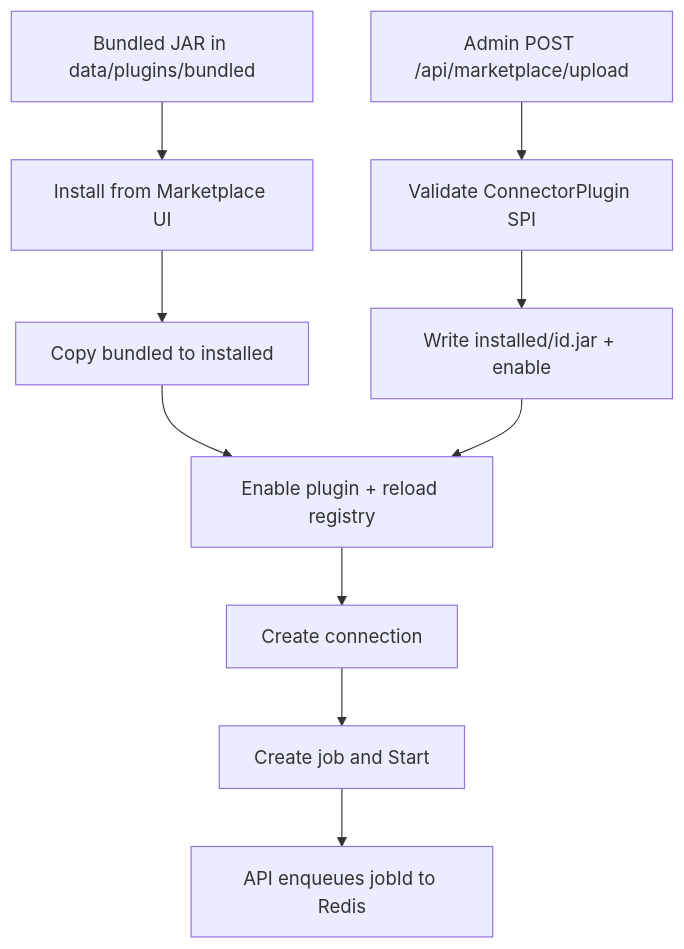
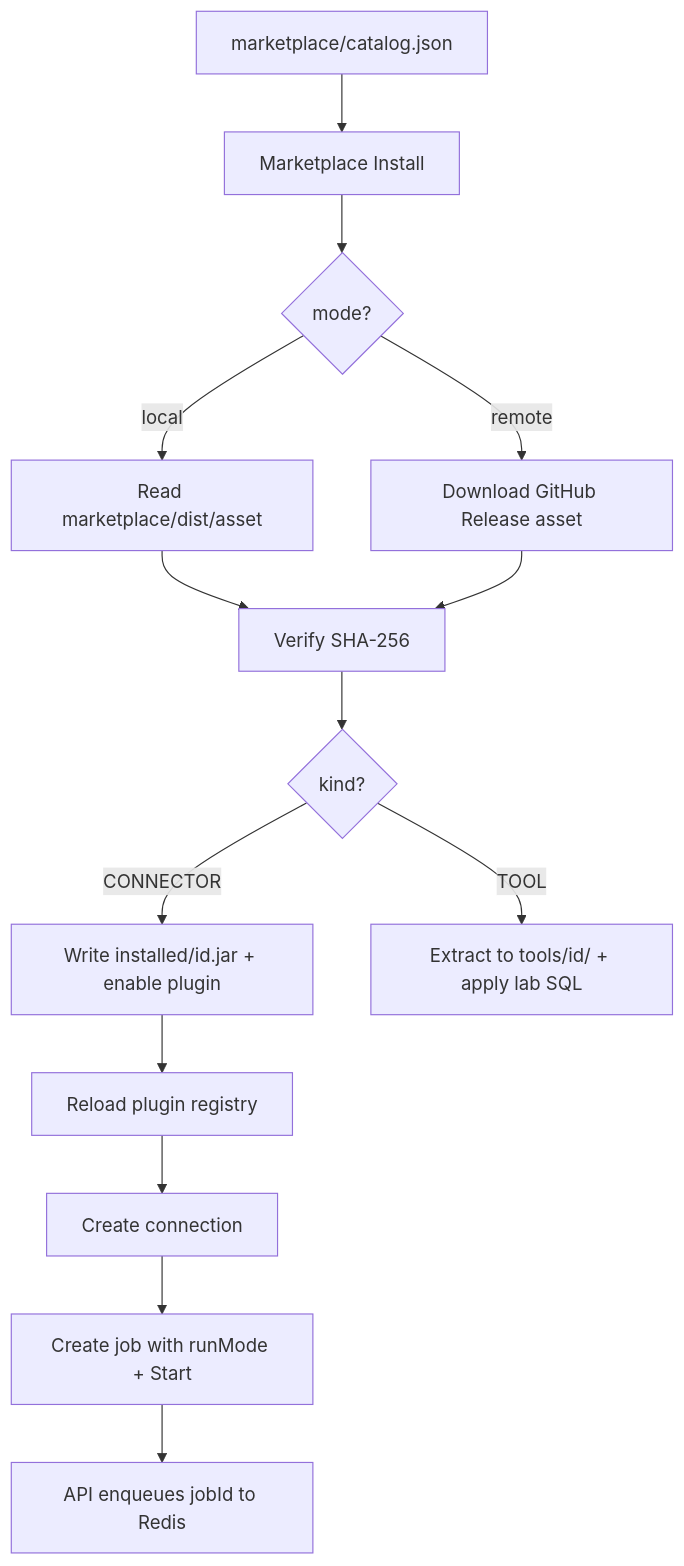
One commit to shubh-am8/data-migration-tool changed the diagram in docs/marketplace.md. Above: the diagram before and after it, drawn with Mermaid. The commit also changed other lines of this file and 43 other files, not shown here.

First line of the commit message:
feat: add lab database and update marketplace integration

````diff
--- a/docs/marketplace.md
+++ b/docs/marketplace.md
@@ -20,12 +41,16 @@
 ```mermaid
 flowchart TD
-  upload[Admin POST /api/marketplace/upload] --> validate[Validate ConnectorPlugin SPI]
-  validate --> write[Write installed/id.jar + enable]
-  bundled[Bundled JAR in data/plugins/bundled] --> install[Install from Marketplace UI]
-  install --> copy[Copy bundled to installed]
-  copy --> reload[Enable plugin + reload registry]
-  write --> reload
+  catalog[marketplace/catalog.json] --> install[Marketplace Install]
+  install --> fetch{mode?}
+  fetch -->|local| dist[Read marketplace/dist/asset]
+  fetch -->|remote| gh[Download GitHub Release asset]
+  dist --> sha[Verify SHA-256]
+  gh --> sha
+  sha --> kind{kind?}
+  kind -->|CONNECTOR| jar[Write installed/id.jar + enable plugin]
+  kind -->|TOOL| zip[Extract to tools/id/ + apply lab SQL]
+  jar --> reload[Reload plugin registry]
   reload --> conn[Create connection]
-  conn --> job[Create job and Start]
+  conn --> job[Create job with runMode + Start]
   job --> queue[API enqueues jobId to Redis]
 ```
````
